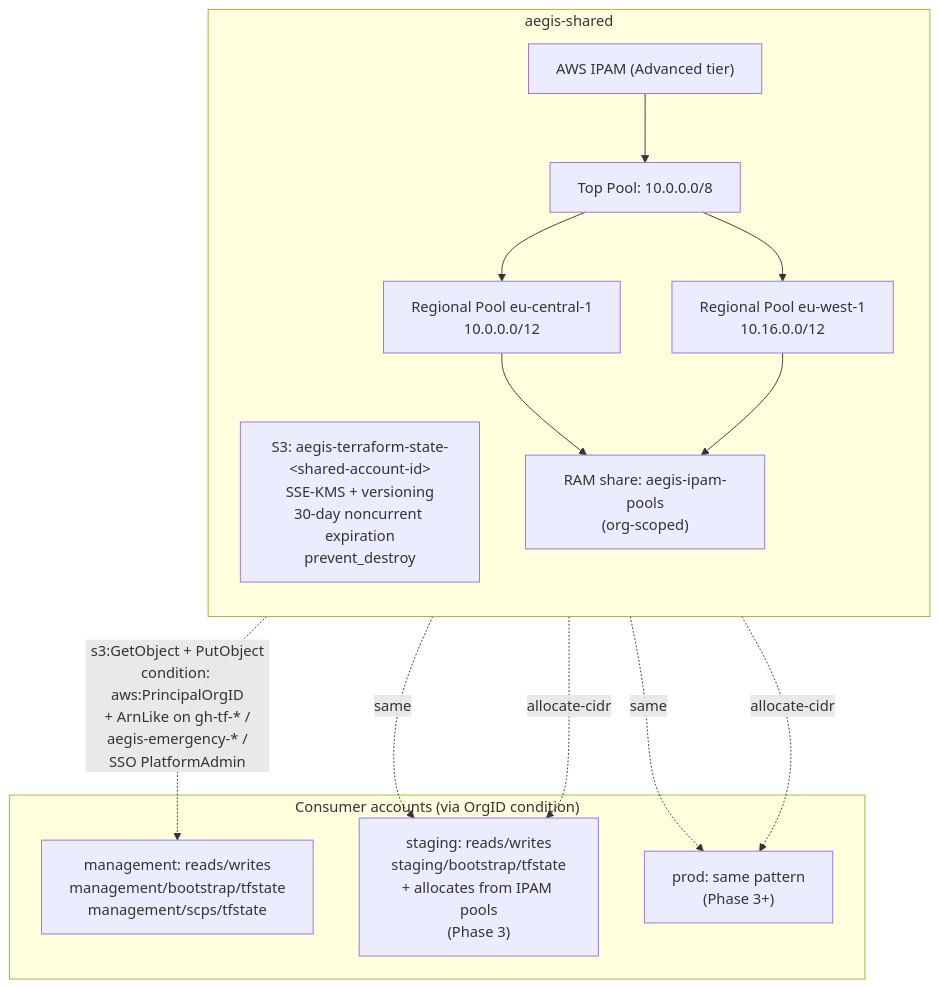
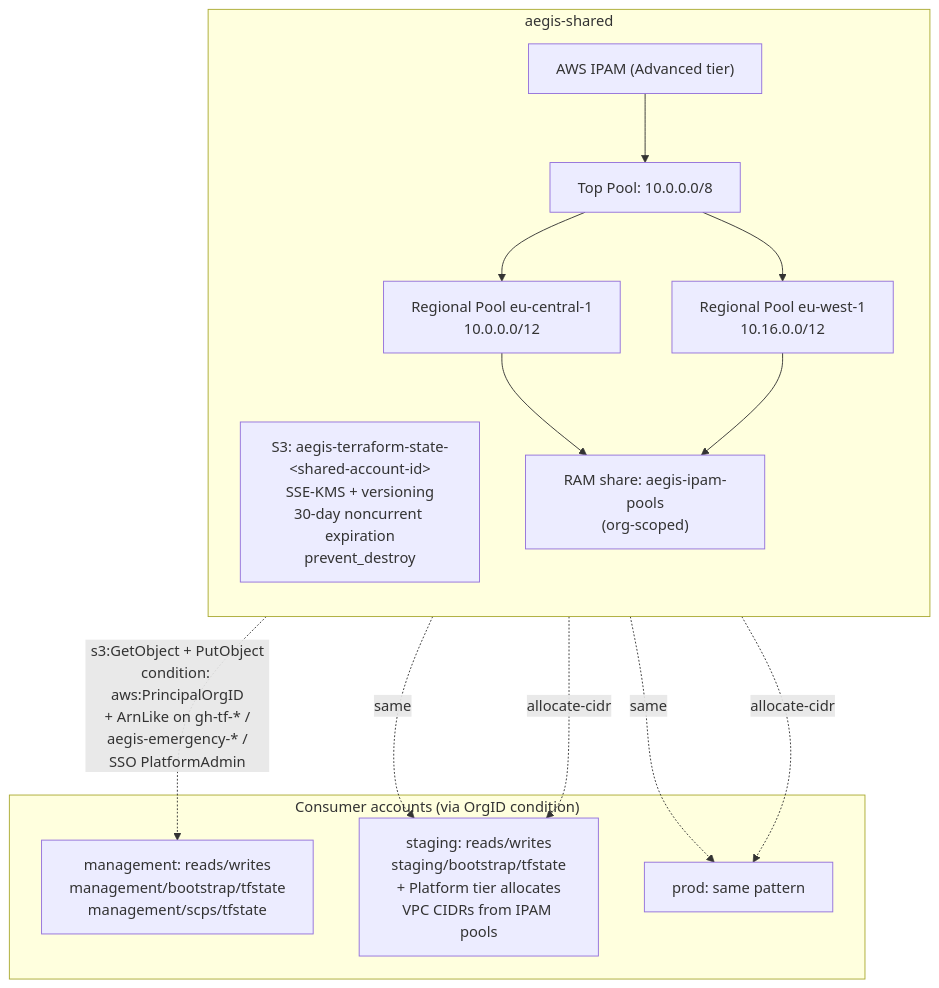
Before and after one commit to BinHsu/aegis-aws-landing-zone: the fourth of 5 diagrams in docs/architecture.md, drawn with Mermaid. The commit also changed other lines of this file and 200 other files, not shown here.

````diff
--- a/docs/architecture.md
+++ b/docs/architecture.md
@@ -130,33 +138,33 @@
 ```mermaid
 flowchart TB
   subgraph shared["aegis-shared"]
     direction TB
 
     bucket["S3: aegis-terraform-state-&lt;shared-account-id&gt;<br/>SSE-KMS + versioning<br/>30-day noncurrent expiration<br/>prevent_destroy"]
 
     ipam["AWS IPAM (Advanced tier)"]
     top["Top Pool: 10.0.0.0/8"]
     primary_pool["Regional Pool eu-central-1<br/>10.0.0.0/12"]
     dr_pool["Regional Pool eu-west-1<br/>10.16.0.0/12"]
 
     ram["RAM share: aegis-ipam-pools<br/>(org-scoped)"]
 
     ipam --> top
     top --> primary_pool
     top --> dr_pool
     primary_pool --> ram
     dr_pool --> ram
   end
 
   subgraph consumers["Consumer accounts (via OrgID condition)"]
     mgmt["management: reads/writes<br/>management/bootstrap/tfstate<br/>management/scps/tfstate"]
-    stg["staging: reads/writes<br/>staging/bootstrap/tfstate<br/>+ allocates from IPAM pools<br/>(Phase 3)"]
-    prd["prod: same pattern<br/>(Phase 3+)"]
+    stg["staging: reads/writes<br/>staging/bootstrap/tfstate<br/>+ Platform tier allocates<br/>VPC CIDRs from IPAM pools"]
+    prd["prod: same pattern"]
   end
 
   bucket -. s3:GetObject + PutObject<br/>condition: aws:PrincipalOrgID<br/>+ ArnLike on gh-tf-* /<br/>aegis-emergency-* /<br/>SSO PlatformAdmin .-> mgmt
   bucket -. same .-> stg
   bucket -. same .-> prd
   ram -. allocate-cidr .-> stg
   ram -. allocate-cidr .-> prd
 ```
````
